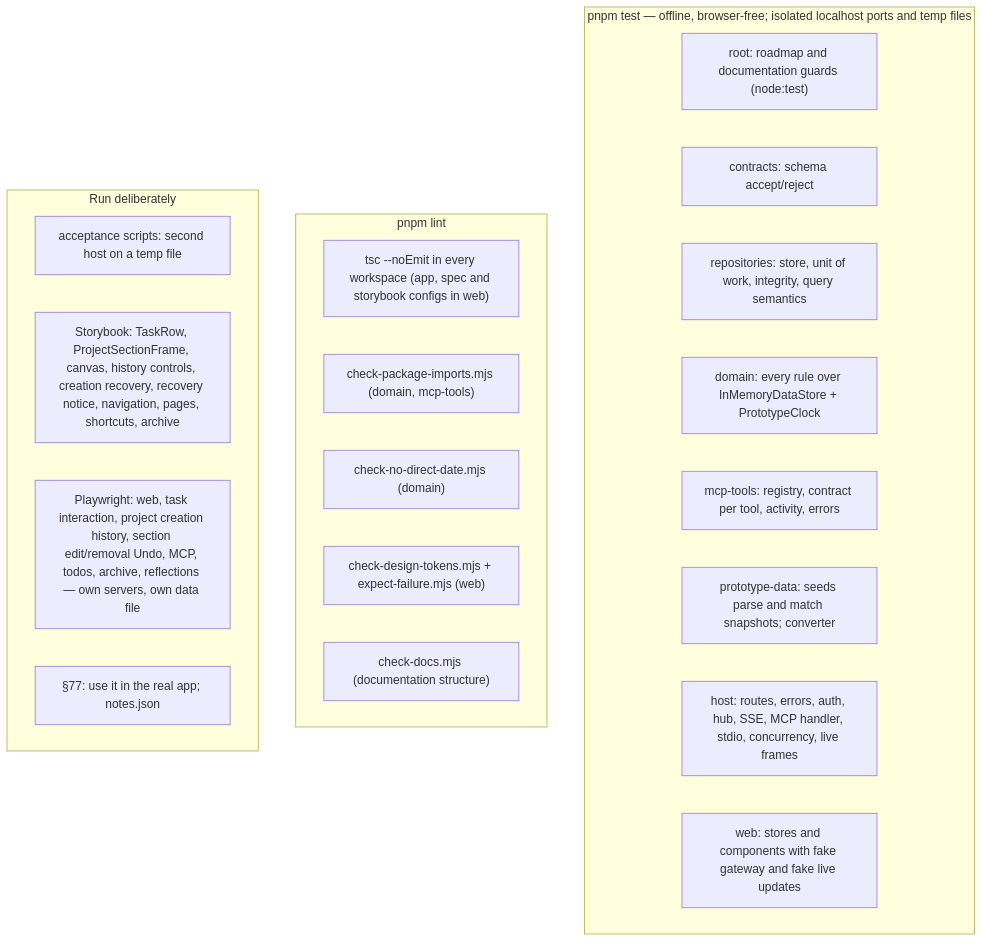
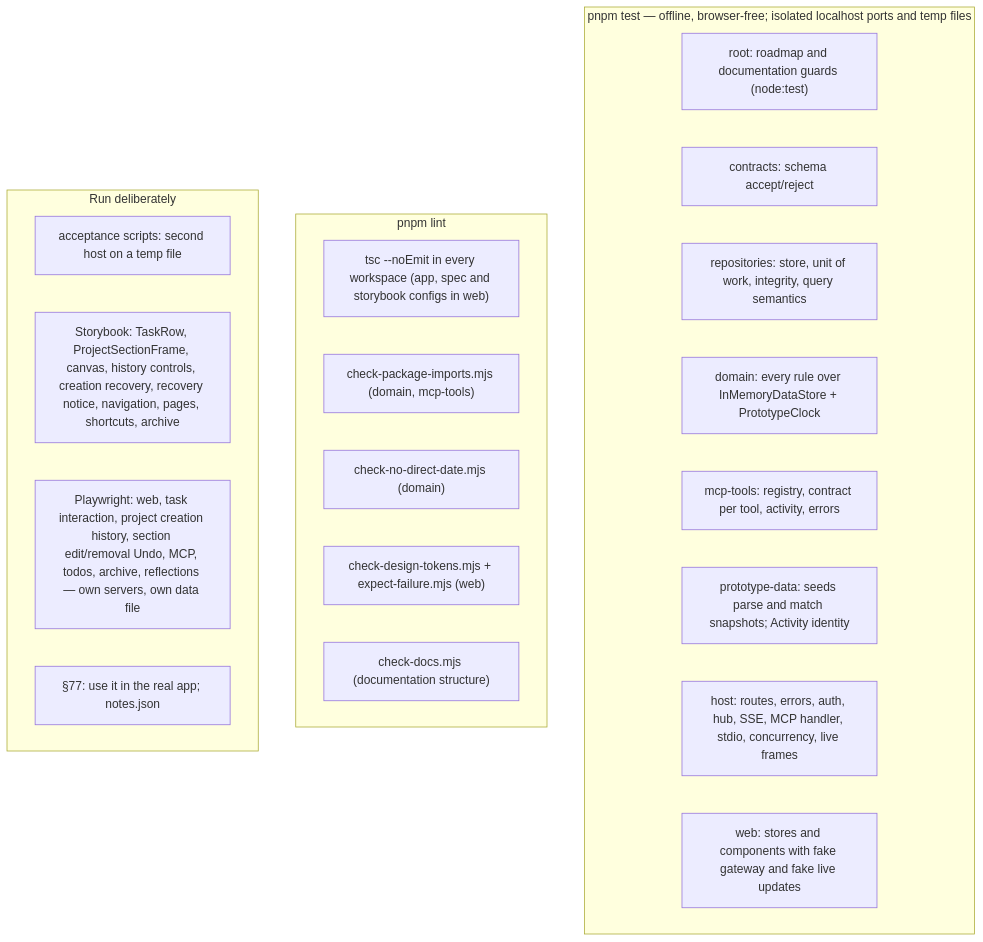
The first of 2 diagrams in docs/architecture/testing/what.md (CalciteDragon/Canvas-work-manager-prototype), drawn with Mermaid before and after one commit. The commit also changed other lines of this file and 142 other files, not shown here.

````diff
--- a/docs/architecture/testing/what.md
+++ b/docs/architecture/testing/what.md
@@ -21,26 +21,26 @@
 ```mermaid
 flowchart TB
   subgraph offline["pnpm test — offline, browser-free; isolated localhost ports and temp files"]
     roadmap["root: roadmap and documentation guards (node:test)"]
     c["contracts: schema accept/reject"]
     r["repositories: store, unit of work, integrity, query semantics"]
     d["domain: every rule over InMemoryDataStore + PrototypeClock"]
     m["mcp-tools: registry, contract per tool, activity, errors"]
-    p["prototype-data: seeds parse and match snapshots; converter"]
+    p["prototype-data: seeds parse and match snapshots; Activity identity"]
     h["host: routes, errors, auth, hub, SSE, MCP handler, stdio, concurrency, live frames"]
     w["web: stores and components with fake gateway and fake live updates"]
   end
   subgraph lint["pnpm lint"]
     tsc["tsc --noEmit in every workspace (app, spec and storybook configs in web)"]
     imp["check-package-imports.mjs (domain, mcp-tools)"]
     date["check-no-direct-date.mjs (domain)"]
     tok["check-design-tokens.mjs + expect-failure.mjs (web)"]
     docs["check-docs.mjs (documentation structure)"]
   end
   subgraph real["Run deliberately"]
     acc["acceptance scripts: second host on a temp file"]
     sb["Storybook: TaskRow, ProjectSectionFrame, canvas, history controls, creation recovery, recovery notice, navigation, pages, shortcuts, archive"]
     e2e["Playwright: web, task interaction, project creation history, section edit/removal Undo, MCP, todos, archive, reflections — own servers, own data file"]
     use["§77: use it in the real app; notes.json"]
   end
 ```
````
